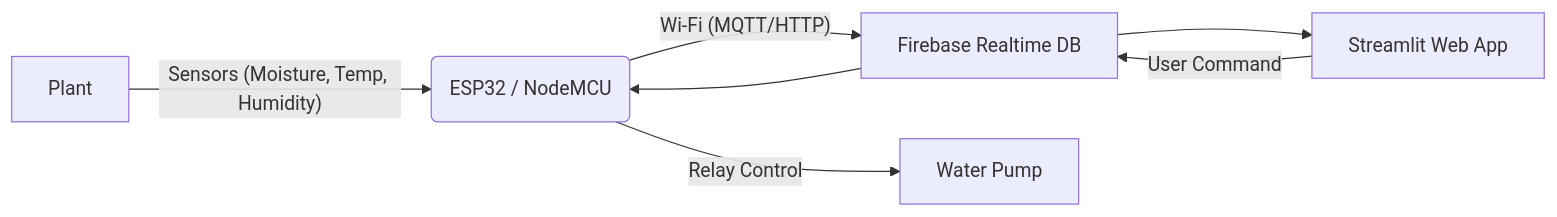
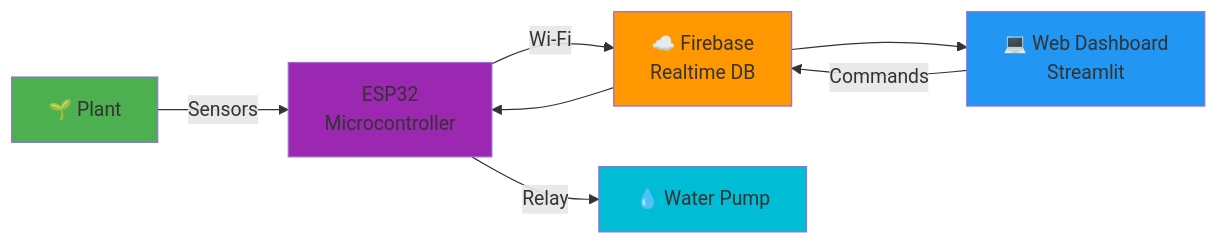
Before and after one commit to Sobhagyaverma/Smart-Plant-Care-System: the third of 3 diagrams in README.md, drawn with Mermaid. The commit also changed other lines of this file and 15 other files, not shown here.

Commit message:
Major README overhaul: Add professional styling, badges, diagrams, and comprehensive documentation

````diff
--- a/README.md
+++ b/README.md
@@ -60,9 +182,15 @@
 ```mermaid
 graph LR
-    A[Plant] -- "Sensors (Moisture, Temp, Humidity)" --> B(ESP32 / NodeMCU)
-    B -- "Wi-Fi (MQTT/HTTP)" --> C[Firebase Realtime DB]
-    C --> D[Streamlit Web App]
-    D -- "User Command" --> C
+    A["🌱 Plant"] -- "Sensors" --> B["ESP32<br/>Microcontroller"]
+    B -- "Wi-Fi" --> C["☁️ Firebase<br/>Realtime DB"]
+    C --> D["💻 Web Dashboard<br/>Streamlit"]
+    D -- "Commands" --> C
     C --> B
-    B -- "Relay Control" --> E[Water Pump]
+    B -- "Relay" --> E["💧 Water Pump"]
+    
+    style A fill:#4CAF50
+    style B fill:#9C27B0
+    style C fill:#FF9800
+    style D fill:#2196F3
+    style E fill:#00BCD4
 ```
````
